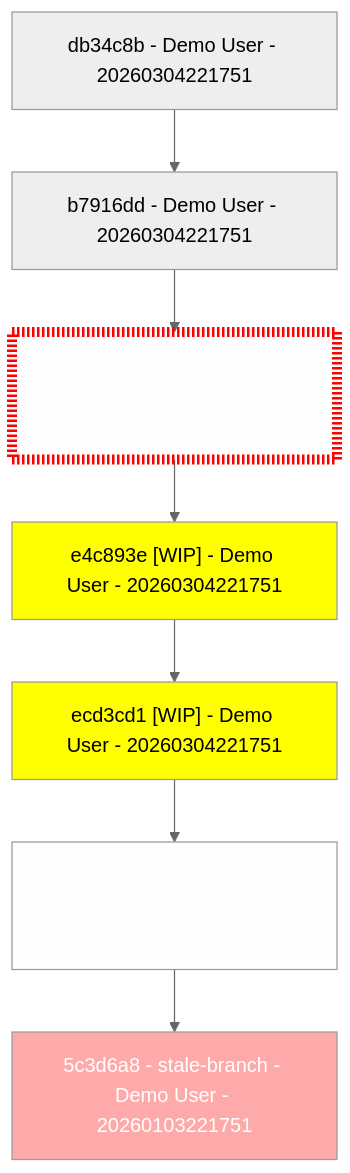
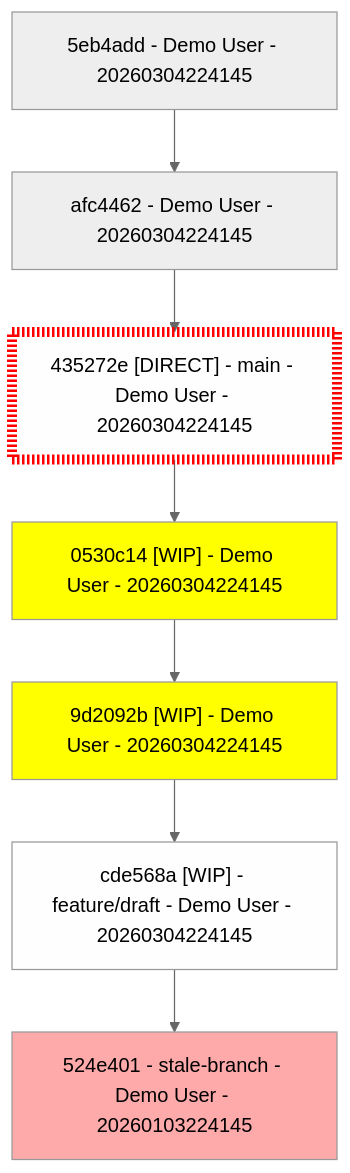
One commit to TheTrueSCU/git-graphable changed the second of 3 diagrams in examples/EXAMPLES.md. Above: the diagram before and after it, drawn with Mermaid (neutral theme). The commit also changed other lines of this file and 3 other files, not shown here.

Commit message:
feat: fix visual contrast, mermaid parsing, and docs formatting

````diff
--- a/examples/EXAMPLES.md
+++ b/examples/EXAMPLES.md
@@ -43,21 +52,21 @@
 ```mermaid
 flowchart TD
-db34c8b2ccd1a3bb3bc59afbcd31b9d5b5480de0["db34c8b - Demo User - 20260304221751"]
-b7916dd27ffa9ba4b27a3a8b62a1e01a468d0152["b7916dd - Demo User - 20260304221751"]
-cfebaf4d2fd36f57a99b5393bc3a91622f7cb464["cfebaf4 [DIRECT] - main - Demo User - 20260304221751"]
-style cfebaf4d2fd36f57a99b5393bc3a91622f7cb464 fill:#fffefe,color:white,stroke:#ff0000,stroke-width:8px,stroke-dasharray: 2 2
-e4c893e0fd7da6e2f04ff3979a31e6af0c05e1f2["e4c893e [WIP] - Demo User - 20260304221751"]
-style e4c893e0fd7da6e2f04ff3979a31e6af0c05e1f2 fill:#ffff00,color:black
-ecd3cd1c4f19c654badf2f790008c996b8fc1560["ecd3cd1 [WIP] - Demo User - 20260304221751"]
-style ecd3cd1c4f19c654badf2f790008c996b8fc1560 fill:#ffff00,color:black
-204555443feebb5bf0619ce353fd5ea778ae0458["2045554 [WIP] - feature/draft - Demo User - 20260304221751"]
-style 204555443feebb5bf0619ce353fd5ea778ae0458 fill:#ffff00,color:black,fill:#fffefe,color:white
-5c3d6a8918d480cdc8ea2f48536b2acd58cae4c3["5c3d6a8 - stale-branch - Demo User - 20260103221751"]
-style 5c3d6a8918d480cdc8ea2f48536b2acd58cae4c3 fill:#ffaaaa,color:white
-db34c8b2ccd1a3bb3bc59afbcd31b9d5b5480de0 --> b7916dd27ffa9ba4b27a3a8b62a1e01a468d0152
-b7916dd27ffa9ba4b27a3a8b62a1e01a468d0152 --> cfebaf4d2fd36f57a99b5393bc3a91622f7cb464
-cfebaf4d2fd36f57a99b5393bc3a91622f7cb464 --> e4c893e0fd7da6e2f04ff3979a31e6af0c05e1f2
-e4c893e0fd7da6e2f04ff3979a31e6af0c05e1f2 --> ecd3cd1c4f19c654badf2f790008c996b8fc1560
-ecd3cd1c4f19c654badf2f790008c996b8fc1560 --> 204555443feebb5bf0619ce353fd5ea778ae0458
-204555443feebb5bf0619ce353fd5ea778ae0458 --> 5c3d6a8918d480cdc8ea2f48536b2acd58cae4c3
+5eb4add741527d3a1b8c7ea474325d08016a1928["5eb4add - Demo User - 20260304224145"]
+afc4462c8ac70fe26a10bab2adc3e4848936dde1["afc4462 - Demo User - 20260304224145"]
+435272eab8732b5eae6b7eb325c6b7b587ca25b3["435272e [DIRECT] - main - Demo User - 20260304224145"]
+style 435272eab8732b5eae6b7eb325c6b7b587ca25b3 fill:#fffefe,color:black,stroke:#ff0000,stroke-width:8px,stroke-dasharray: 2 2
+0530c14d7998f74f38ac360a2a95d28a87794bc6["0530c14 [WIP] - Demo User - 20260304224145"]
+style 0530c14d7998f74f38ac360a2a95d28a87794bc6 fill:#ffff00,color:black
+9d2092bbe88d37c9d1af037e2498069c06b9362e["9d2092b [WIP] - Demo User - 20260304224145"]
+style 9d2092bbe88d37c9d1af037e2498069c06b9362e fill:#ffff00,color:black
+cde568a89b955f7e27b76207720fd3da670c3aff["cde568a [WIP] - feature/draft - Demo User - 20260304224145"]
+style cde568a89b955f7e27b76207720fd3da670c3aff fill:#ffff00,color:black,fill:#fffefe,color:black
+524e401cfde4347afed69f4c7f8f8292dbb186b1["524e401 - stale-branch - Demo User - 20260103224145"]
+style 524e401cfde4347afed69f4c7f8f8292dbb186b1 fill:#ffaaaa,color:black
+5eb4add741527d3a1b8c7ea474325d08016a1928 --> afc4462c8ac70fe26a10bab2adc3e4848936dde1
+afc4462c8ac70fe26a10bab2adc3e4848936dde1 --> 435272eab8732b5eae6b7eb325c6b7b587ca25b3
+435272eab8732b5eae6b7eb325c6b7b587ca25b3 --> 0530c14d7998f74f38ac360a2a95d28a87794bc6
+0530c14d7998f74f38ac360a2a95d28a87794bc6 --> 9d2092bbe88d37c9d1af037e2498069c06b9362e
+9d2092bbe88d37c9d1af037e2498069c06b9362e --> cde568a89b955f7e27b76207720fd3da670c3aff
+cde568a89b955f7e27b76207720fd3da670c3aff --> 524e401cfde4347afed69f4c7f8f8292dbb186b1
 ```
````
